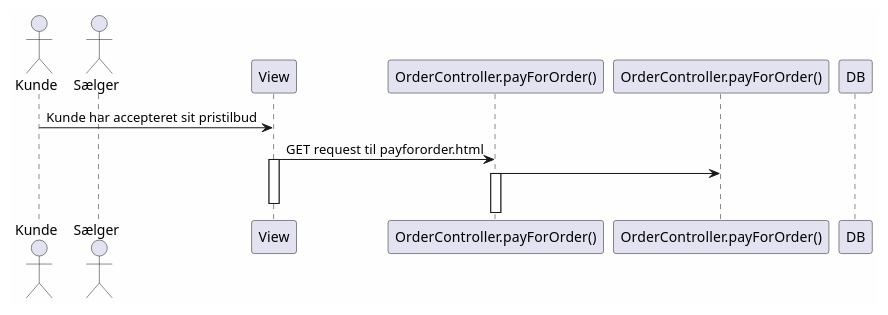
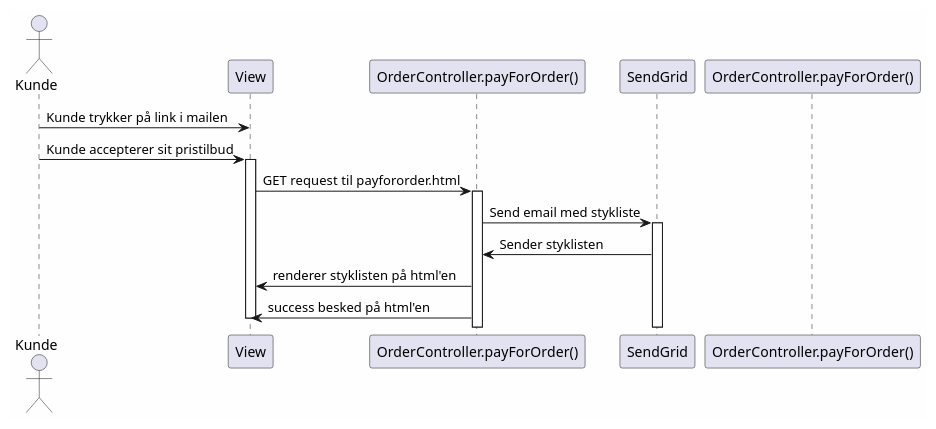
The diagram in docs/Sequence diagrams/sequence-us7-v2.puml (mridrisisci/fog-projekt), drawn with PlantUML before and after one commit.

Commit message:
udkast til payfororder-sekvens (sendgrid)

```diff
--- a/docs/Sequence diagrams/sequence-us7-v2.puml
+++ b/docs/Sequence diagrams/sequence-us7-v2.puml
@@ -1,21 +1,25 @@
 @startuml
 'https://plantuml.com/sequence-diagram
 
 skinparam backgroundColor #FEFEFE
 
 actor Kunde
-actor Sælger
 participant View as V
 participant "OrderController.payForOrder()" as C
+participant SendGrid as SG
 participant "OrderController.payForOrder()" as C2
-participant DB
 
 
-Kunde -> V: Kunde har accepteret sit pristilbud
+Kunde -> V: Kunde trykker på link i mailen
+Kunde -> V: Kunde accepterer sit pristilbud
+activate V
 V -> C: GET request til payfororder.html
-activate V
-C -> C2:
 activate C
+C -> SG: Send email med stykliste
+activate SG
+SG -> C: Sender styklisten
+C -> V: renderer styklisten på html'en
+C -> V: success besked på html'en
 deactivate V
 
 @enduml
```
